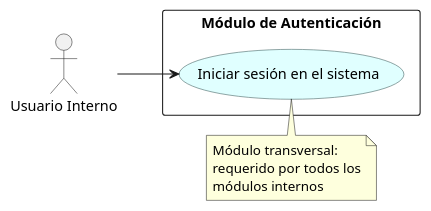
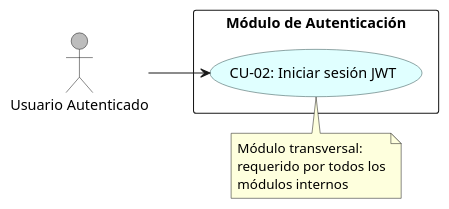
Before and after one commit to ElianMMCode/Zone-Control: the diagram in docs/diagramas/casos_uso/02_modulo_autenticacion.puml, drawn with PlantUML. The commit also changed 7 other files, not shown here.

```diff
--- a/docs/diagramas/casos_uso/02_modulo_autenticacion.puml
+++ b/docs/diagramas/casos_uso/02_modulo_autenticacion.puml
@@ -1,19 +1,19 @@
 @startuml
 skinparam usecase {
     BackgroundColor LightCyan
     BorderColor DarkSlateGray
 }
 skinparam packageStyle rectangle
 left to right direction
 
-actor "Usuario Interno" as User
+actor "Usuario Autenticado" as Auth #BDBDBD
 
 package "Módulo de Autenticación" {
-    usecase "Iniciar sesión en el sistema" as UC_Login
+    usecase "CU-02: Iniciar sesión JWT" as UC_Login
 }
 
-User --> UC_Login
+Auth --> UC_Login
 
 note top of UC_Login : Módulo transversal:\nrequerido por todos los\nmódulos internos
 
 @enduml
```
